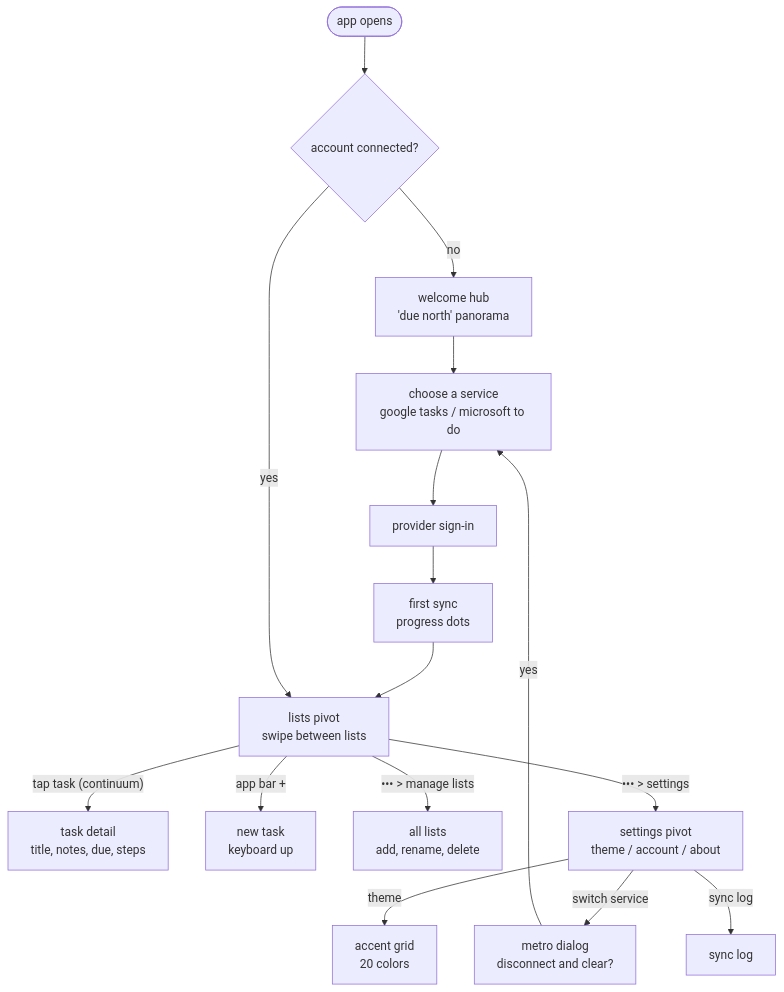
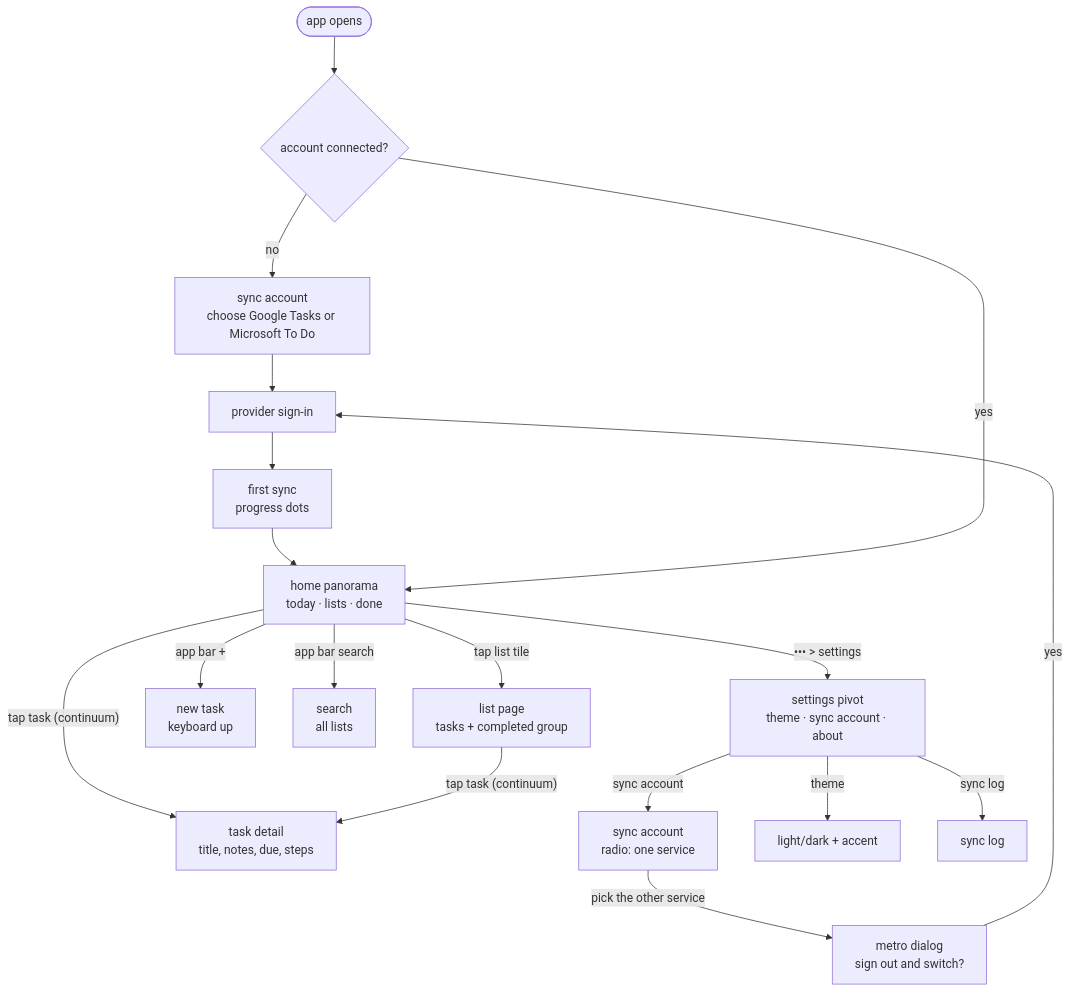
The second of 2 diagrams in specs/001-metro-todo-app/contracts/ui-screens.md (samekh248/duenorthtasks), drawn with Mermaid before and after one commit. The commit also changed other lines of this file and 9 other files, not shown here.

First line of the commit message:
Apply the Light Panorama design to the plan

````diff
--- a/specs/001-metro-todo-app/contracts/ui-screens.md
+++ b/specs/001-metro-todo-app/contracts/ui-screens.md
@@ -5,19 +26,21 @@
 ```mermaid
 flowchart TD
     Launch([app opens]) --> HasAcct{account connected?}
-    HasAcct -- no --> Welcome["welcome hub<br/>'due north' panorama"]
-    Welcome --> Pick["choose a service<br/>google tasks / microsoft to do"]
+    HasAcct -- no --> Pick["sync account<br/>choose Google Tasks or Microsoft To Do"]
     Pick --> SignIn[provider sign-in]
     SignIn --> FirstSync["first sync<br/>progress dots"]
-    FirstSync --> Pivot
-    HasAcct -- yes --> Pivot["lists pivot<br/>swipe between lists"]
+    FirstSync --> Home
+    HasAcct -- yes --> Home["home panorama<br/>today · lists · done"]
 
-    Pivot -- "tap task (continuum)" --> Detail["task detail<br/>title, notes, due, steps"]
-    Pivot -- "app bar +" --> Add["new task<br/>keyboard up"]
-    Pivot -- "••• > manage lists" --> Lists["all lists<br/>add, rename, delete"]
-    Pivot -- "••• > settings" --> Settings["settings pivot<br/>theme / account / about"]
-    Settings -- "switch service" --> Confirm["metro dialog<br/>disconnect and clear?"]
-    Confirm -- yes --> Pick
-    Settings -- "theme" --> Accent["accent grid<br/>20 colors"]
+    Home -- "tap list tile" --> List["list page<br/>tasks + completed group"]
+    Home -- "tap task (continuum)" --> Detail["task detail<br/>title, notes, due, steps"]
+    List -- "tap task (continuum)" --> Detail
+    Home -- "app bar +" --> Add["new task<br/>keyboard up"]
+    Home -- "app bar search" --> Search["search<br/>all lists"]
+    Home -- "••• > settings" --> Settings["settings pivot<br/>theme · sync account · about"]
+    Settings -- "sync account" --> Sync["sync account<br/>radio: one service"]
+    Sync -- "pick the other service" --> Confirm["metro dialog<br/>sign out and switch?"]
+    Confirm -- yes --> SignIn
+    Settings -- "theme" --> Accent["light/dark + accent"]
     Settings -- "sync log" --> Log[sync log]
 ```
````
